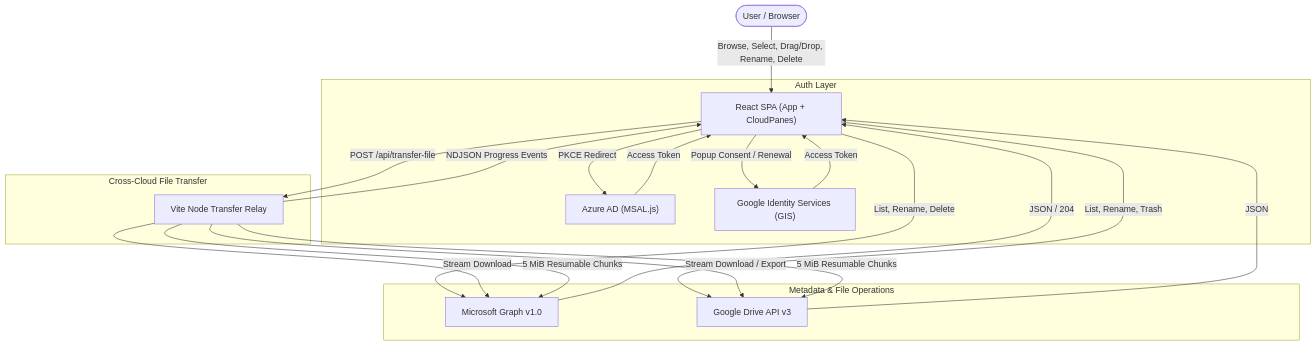
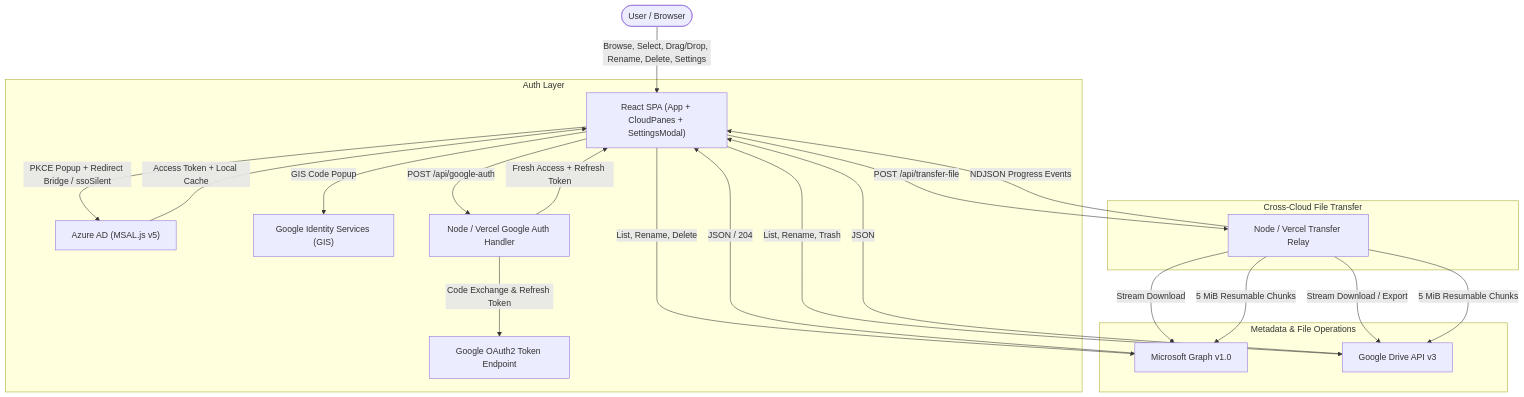
Before and after one commit to Evanlaer/onedrive-explorer: the diagram in docs/ARCHITECTURE.md, drawn with Mermaid. The commit also changed other lines of this file and 19 other files, not shown here.

Commit message:
feat: add Connection Settings and persistent auto-connect for OneDrive & Google Drive (v1.4)

````diff
--- a/docs/ARCHITECTURE.md
+++ b/docs/ARCHITECTURE.md
@@ -11,27 +13,29 @@
 ```mermaid
 flowchart TD
-    U(["User / Browser"]) -->|Browse, Select, Drag/Drop, Rename, Delete| A["React SPA (App + CloudPanes)"]
+    U(["User / Browser"]) -->|Browse, Select, Drag/Drop, Rename, Delete, Settings| A["React SPA (App + CloudPanes + SettingsModal)"]
 
     subgraph "Auth Layer"
-      A -->|PKCE Redirect| B["Azure AD (MSAL.js)"]
-      A -->|Popup Consent / Renewal| G["Google Identity Services (GIS)"]
-      B -->|Access Token| A
-      G -->|Access Token| A
+      A -->|PKCE Popup + Redirect Bridge / ssoSilent| B["Azure AD (MSAL.js v5)"]
+      A -->|GIS Code Popup| G["Google Identity Services (GIS)"]
+      A -->|POST /api/google-auth| GA["Node / Vercel Google Auth Handler"]
+      GA -->|Code Exchange & Refresh Token| GO["Google OAuth2 Token Endpoint"]
+      B -->|Access Token + Local Cache| A
+      GA -->|Fresh Access + Refresh Token| A
     end
 
     subgraph "Metadata & File Operations"
       A -->|List, Rename, Delete| C["Microsoft Graph v1.0"]
       A -->|List, Rename, Trash| D["Google Drive API v3"]
       C -->|JSON / 204| A
       D -->|JSON| A
     end
 
     subgraph "Cross-Cloud File Transfer"
-      A -->|POST /api/transfer-file| R["Vite Node Transfer Relay"]
+      A -->|POST /api/transfer-file| R["Node / Vercel Transfer Relay"]
       R -->|Stream Download| C
       R -->|Stream Download / Export| D
       R -->|5 MiB Resumable Chunks| C
       R -->|5 MiB Resumable Chunks| D
       R -->|NDJSON Progress Events| A
     end
 ```
````
